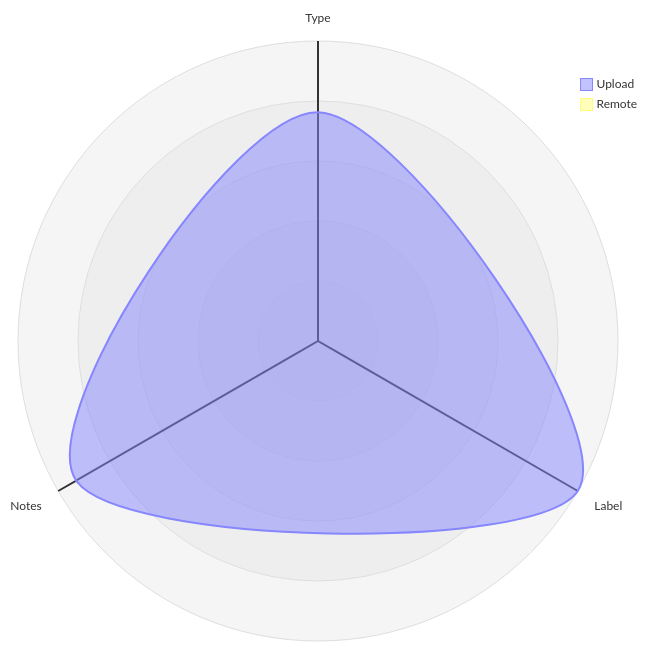
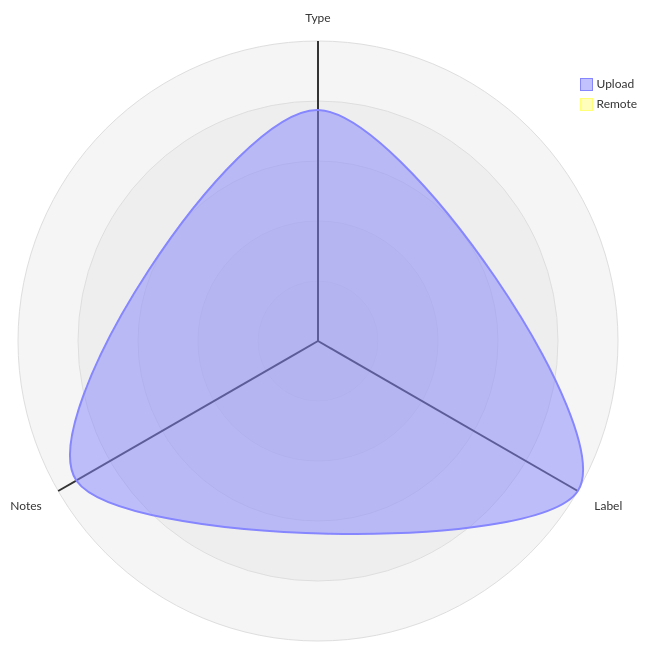
One commit to open-data/analytics-corporate-reporting changed the third of 5 diagrams in datastore_tracker/README.md. Above: the diagram before and after it, drawn with Mermaid. The commit also changed 5 other files, not shown here.

````diff
--- a/datastore_tracker/README.md
+++ b/datastore_tracker/README.md
@@ -107,12 +107,12 @@
 ```mermaid
 radar-beta
   axis T["Type"], L["Label"], N["Notes"]
-  curve u["Upload"]{0.00077, 0.00101, 0.00094}
+  curve u["Upload"]{0.00077, 0.001, 0.00093}
   curve r["Remote"]{0, 0, 0}
 
   showLegend true
 
   min 0
   graticule circle
   ticks 5
 ```
````
